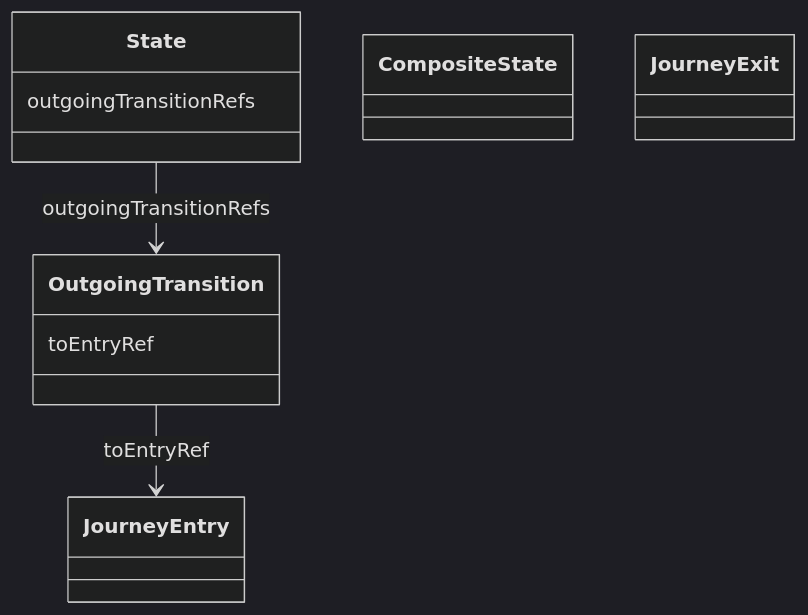
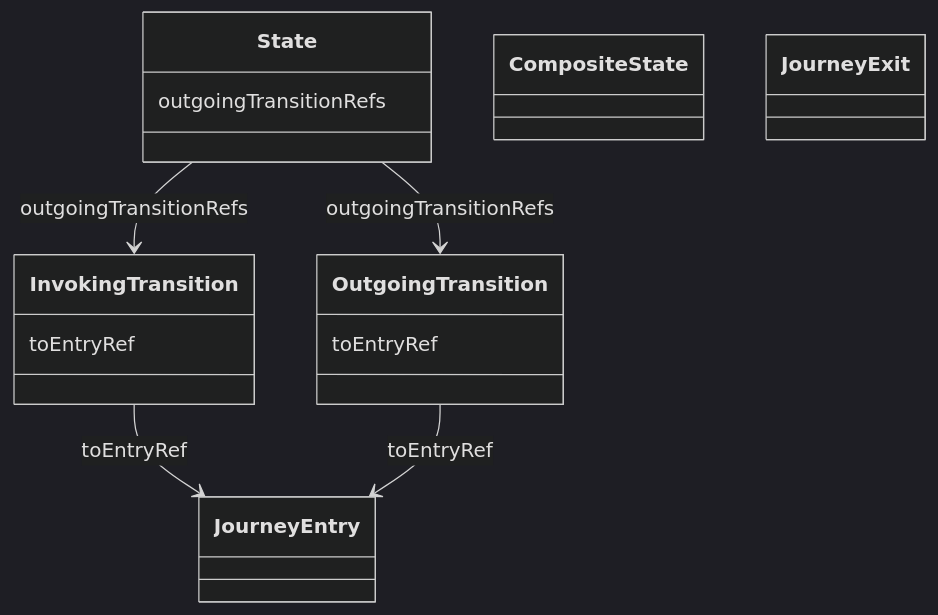
Before and after one commit to openuji/spec-ujg: diagram 14 of 14 in specs/ed/graph/index.md, drawn with Mermaid (dark theme). The commit also changed other lines of this file and 17 other files, not shown here.

````diff
--- a/specs/ed/graph/index.md
+++ b/specs/ed/graph/index.md
@@ -991,15 +1217,20 @@
 ```mermaid
 classDiagram
   class State {
     outgoingTransitionRefs
   }
   class CompositeState
   class JourneyExit
   class OutgoingTransition {
     toEntryRef
   }
+  class InvokingTransition {
+    toEntryRef
+  }
   class JourneyEntry
 
   State --> OutgoingTransition : outgoingTransitionRefs
+  State --> InvokingTransition : outgoingTransitionRefs
+  InvokingTransition --> JourneyEntry : toEntryRef
   OutgoingTransition --> JourneyEntry : toEntryRef
 ```
````
